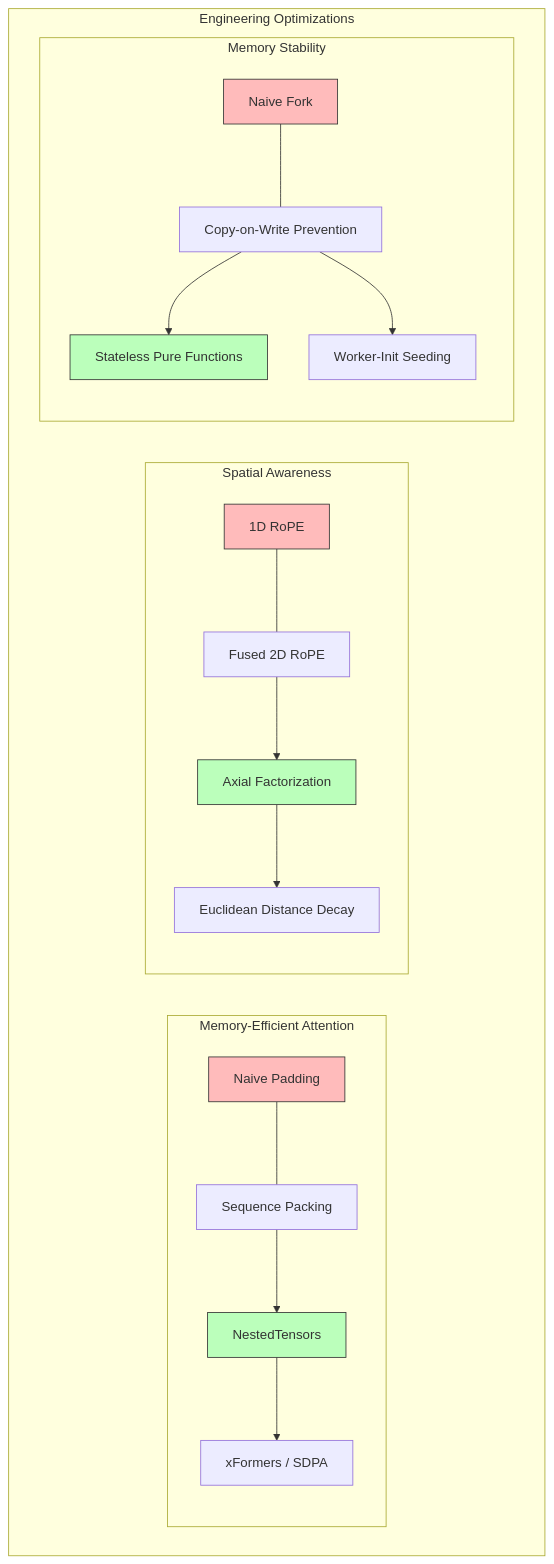
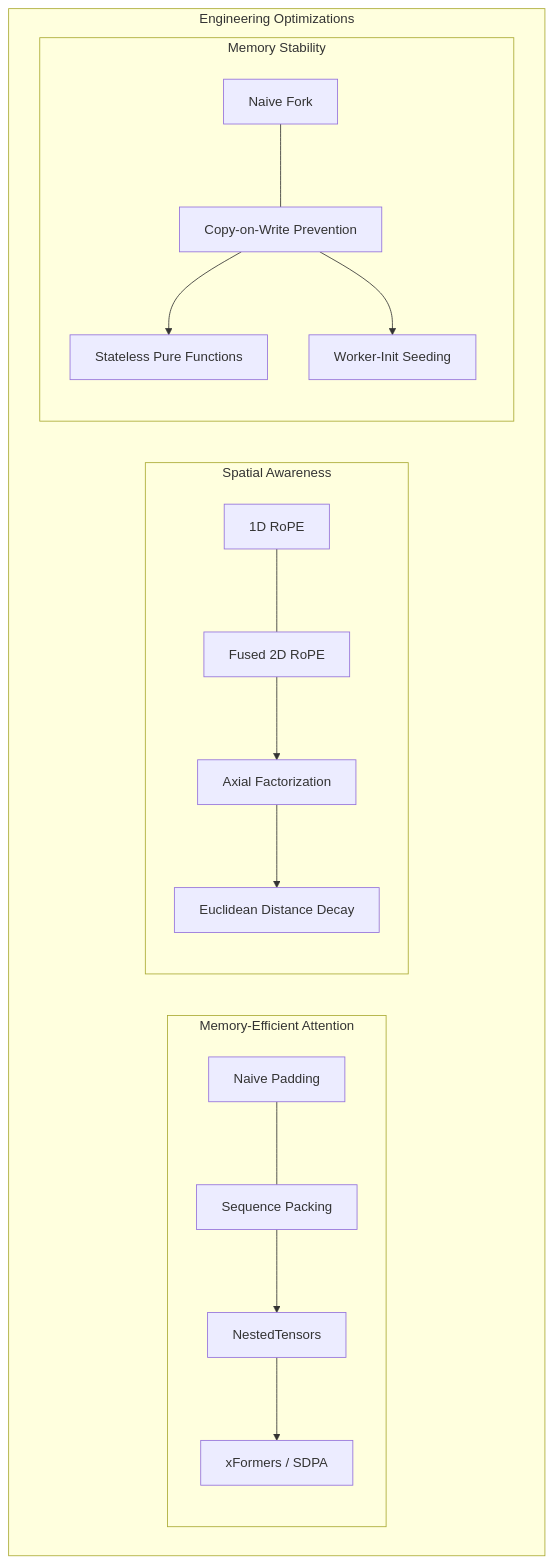
Before and after one commit to emanuellcs/rads: the third of 5 diagrams in README.md, drawn with Mermaid. The commit also changed other lines of this file, not shown here.

Commit message:
docs: remove Mermaid style

````diff
--- a/README.md
+++ b/README.md
@@ -144,29 +139,22 @@
 ```mermaid
 graph TD
     subgraph "Engineering Optimizations"
         subgraph "Memory-Efficient Attention"
             NP[Naive Padding] --- Pack[Sequence Packing]
             Pack --> NT[NestedTensors]
             NT --> Flash[xFormers / SDPA]
         end
         
         subgraph "Spatial Awareness"
             RoPE1D[1D RoPE] --- RoPE2D[Fused 2D RoPE]
             RoPE2D --> Axial[Axial Factorization]
             Axial --> Euclidean[Euclidean Distance Decay]
         end
         
         subgraph "Memory Stability"
             Fork[Naive Fork] --- CoW[Copy-on-Write Prevention]
             CoW --> Pure[Stateless Pure Functions]
             CoW --> Init[Worker-Init Seeding]
         end
     end
-
-    style NP fill:#fbb,stroke:#333
-    style Fork fill:#fbb,stroke:#333
-    style RoPE1D fill:#fbb,stroke:#333
-    style NT fill:#bfb,stroke:#333
-    style Axial fill:#bfb,stroke:#333
-    style Pure fill:#bfb,stroke:#333
 ```
````
